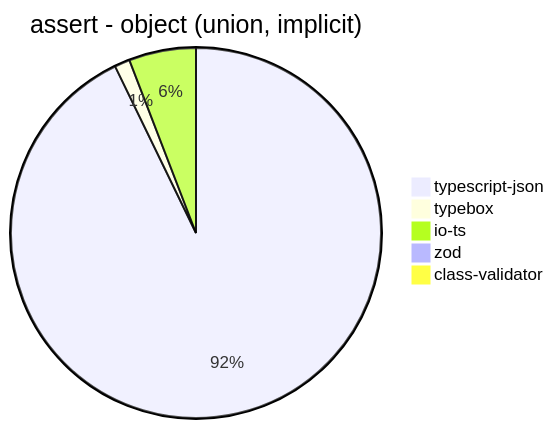
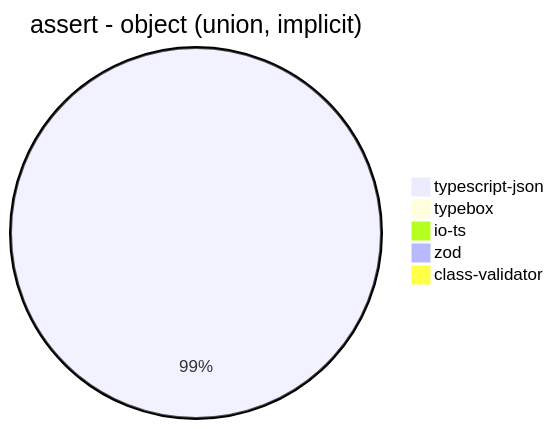
One commit to samchon/typia changed diagram 12 of 39 in benchmark/results/AMD Ryzen 9 5900HX with Radeon Graphics.md. Above: the diagram before and after it, drawn with Mermaid. The commit also changed other lines of this file and 3 other files, not shown here.

````diff
--- a/benchmark/results/AMD Ryzen 9 5900HX with Radeon Graphics.md
+++ b/benchmark/results/AMD Ryzen 9 5900HX with Radeon Graphics.md
@@ -156,8 +156,8 @@
 ```mermaid
 pie title assert - object (union, implicit)
-  "typescript-json": 5325.822278757041
-  "typebox": 76.83883920423435
-  "io-ts": 335.9542530378842
-  "zod": 18.57467778620167
-  "class-validator": 17.27661155489504
+  "typescript-json": 5235.185866764814
+  "typebox": 0
+  "io-ts": 0
+  "zod": 19.663452448477976
+  "class-validator": 16.473569876900797
 ```
````
